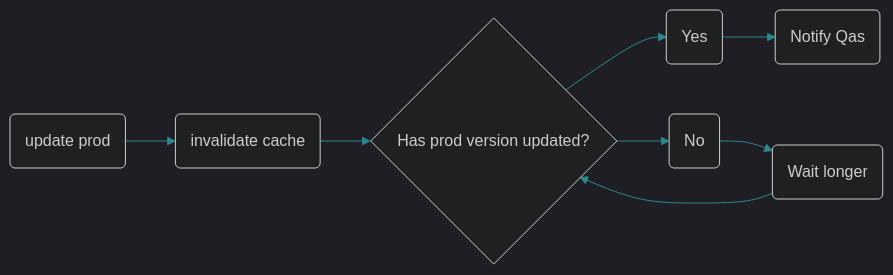
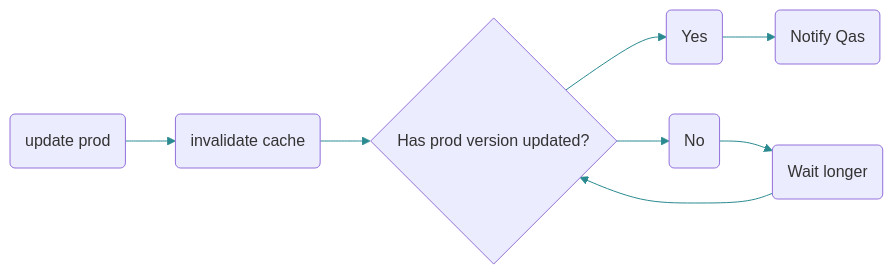
Before and after one commit to tearingItUp786/blog: the first of 2 diagrams in content/blog/15-scriptkit/index.mdx, drawn with Mermaid. The commit also changed other lines of this file, not shown here.

Commit message:
fix: remove dark theme override from scriptkit mermaid diagrams, keep themeVariables

````diff
--- a/content/blog/15-scriptkit/index.mdx
+++ b/content/blog/15-scriptkit/index.mdx
@@ -61,31 +61,30 @@
 ```mermaid
 %%{
   init: {
-    'theme': 'dark',
     'themeVariables': {
 			'fontSize": '16px',
 			'primaryColor': '#b01d8b',
 			'primaryTextColor': '#f3f3f7',
 			'primaryBorderColor': '#D3BCC0',
 			'lineColor': '#2a8a90',
 			'secondaryColor': '#507DBC',
 			'tertiaryColor': '#F4F4F2'
     }
   }
 }%%
 graph LR
   A(update prod)
   B(invalidate cache)
   C{Has prod version updated?}
   D(Notify Qas)
   D0(Yes)
   D1(No)
   E(Wait longer)
   A --> B
   B --> C
   C --> D0
   D0 --> D
   C --> D1
   D1 --> E
   E --> C
 ```
````
